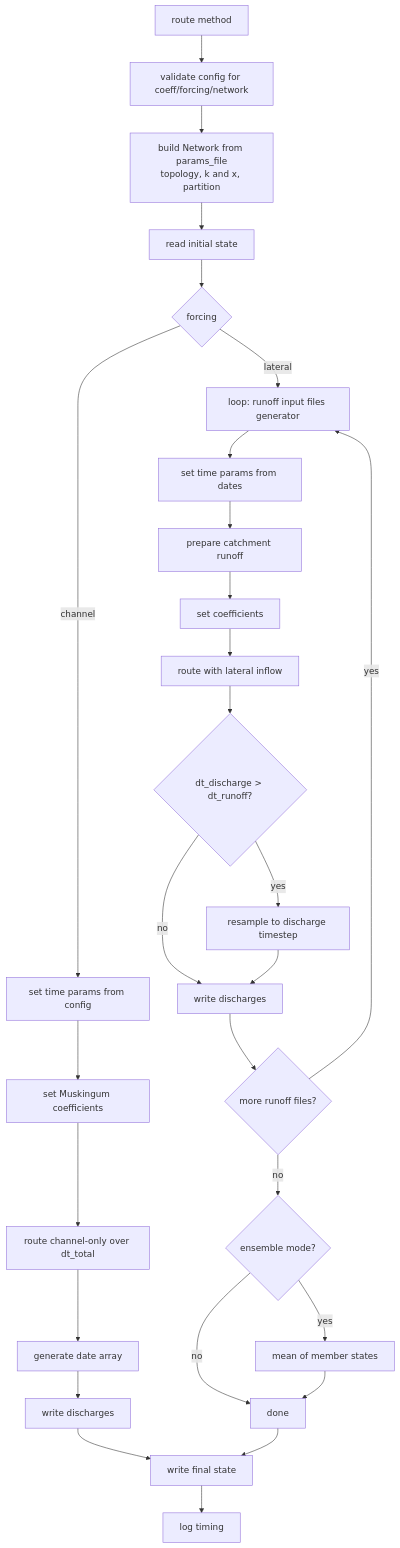
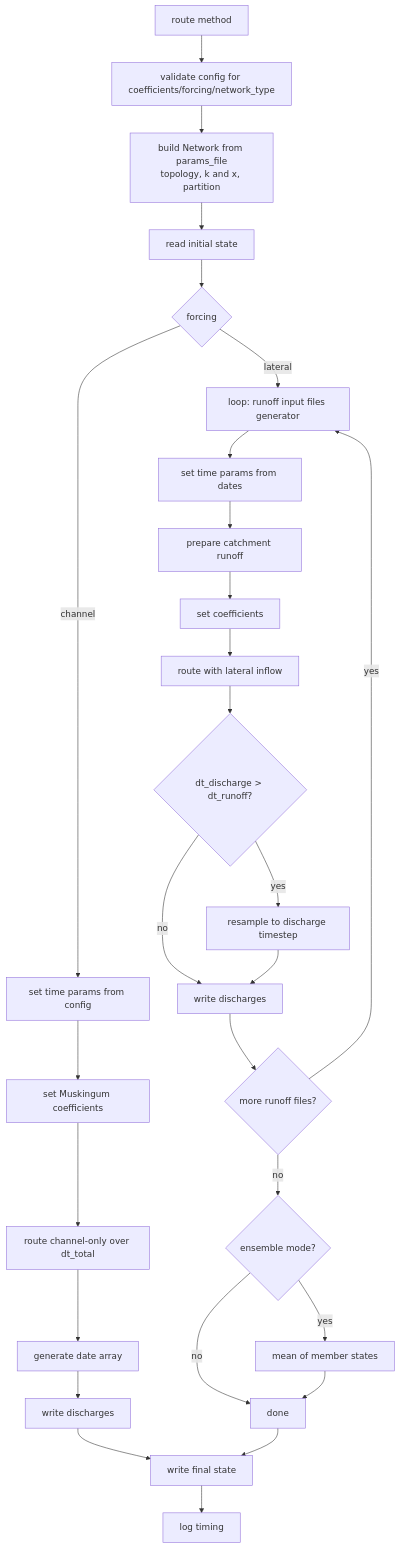
The diagram in docs/tutorial/advanced.md (rileyhales/river-route), drawn with Mermaid before and after one commit. The commit also changed other lines of this file and 17 other files, not shown here.

````diff
--- a/docs/tutorial/advanced.md
+++ b/docs/tutorial/advanced.md
@@ -3,33 +3,33 @@
 ```mermaid
 graph TD
-    A[route method] --> B[validate config for coeff/forcing/network]
+    A[route method] --> B[validate config for coefficients/forcing/network_type]
     B --> C[build Network from params_file<br/>topology, k and x, partition]
     C --> D[read initial state]
     D --> E{forcing}
 
     E -->|channel| F[set time params from config]
     F --> G[set Muskingum coefficients]
     G --> H[route channel-only over dt_total]
     H --> I[generate date array]
     I --> J[write discharges]
 
     E -->|lateral| K[loop: runoff input files generator]
     K --> L[set time params from dates]
     L --> M[prepare catchment runoff]
     M --> N[set coefficients]
     N --> O[route with lateral inflow]
     O --> P{dt_discharge > dt_runoff?}
     P -->|yes| Q[resample to discharge timestep]
     P -->|no| R[write discharges]
     Q --> R
     R --> S{more runoff files?}
     S -->|yes| K
     S -->|no| T{ensemble mode?}
     T -->|yes| U[mean of member states]
     T -->|no| V[done]
     U --> V
 
     J --> W[write final state]
     V --> W
     W --> X[log timing]
 ```
````
